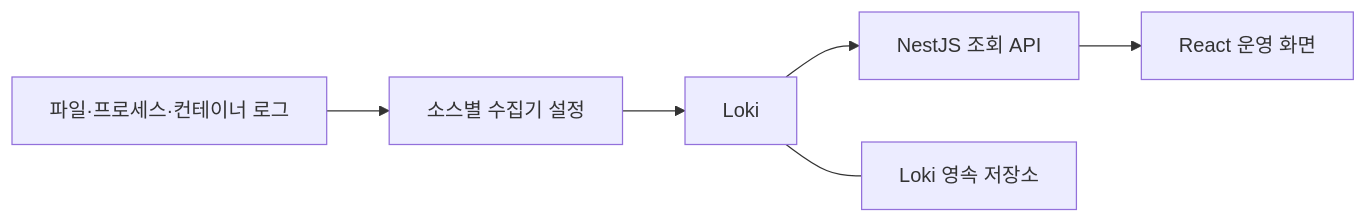
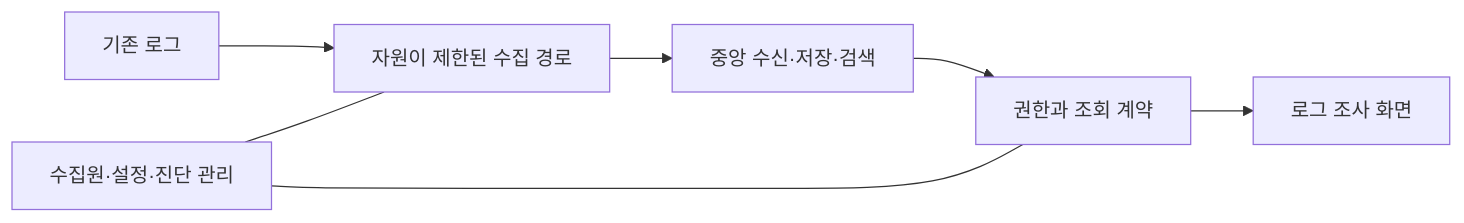
The diagram in docs/architecture.md (gus-bms/logdock), drawn with Mermaid before and after one commit. The commit also changed other lines of this file and 11 other files, not shown here.

````diff
--- a/docs/architecture.md
+++ b/docs/architecture.md
@@ -19,8 +24,9 @@
 ```mermaid
 flowchart LR
-    A["파일·프로세스·컨테이너 로그"] --> B["소스별 수집기 설정"]
-    B --> C["Loki"]
-    C --> D["NestJS 조회 API"]
-    D --> E["React 운영 화면"]
-    C --- F["Loki 영속 저장소"]
+    A["기존 로그"] --> B["자원이 제한된 수집 경로"]
+    B --> C["중앙 수신·저장·검색"]
+    C --> D["권한과 조회 계약"]
+    D --> E["로그 조사 화면"]
+    F["수집원·설정·진단 관리"] --- B
+    F --- D
 ```
````
